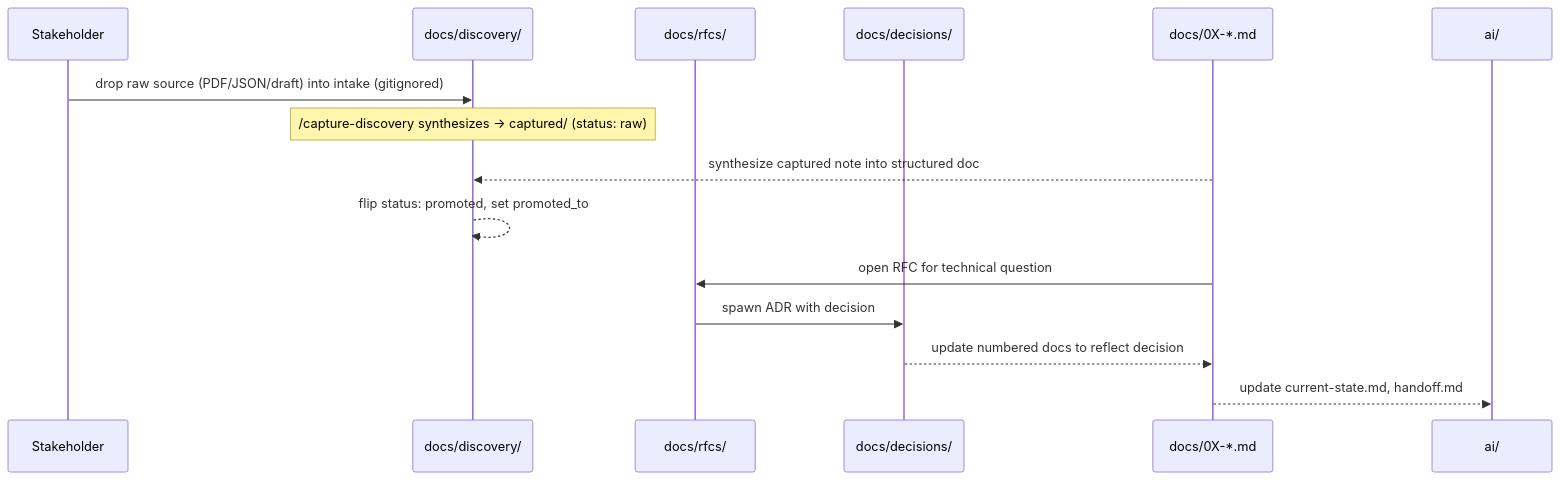
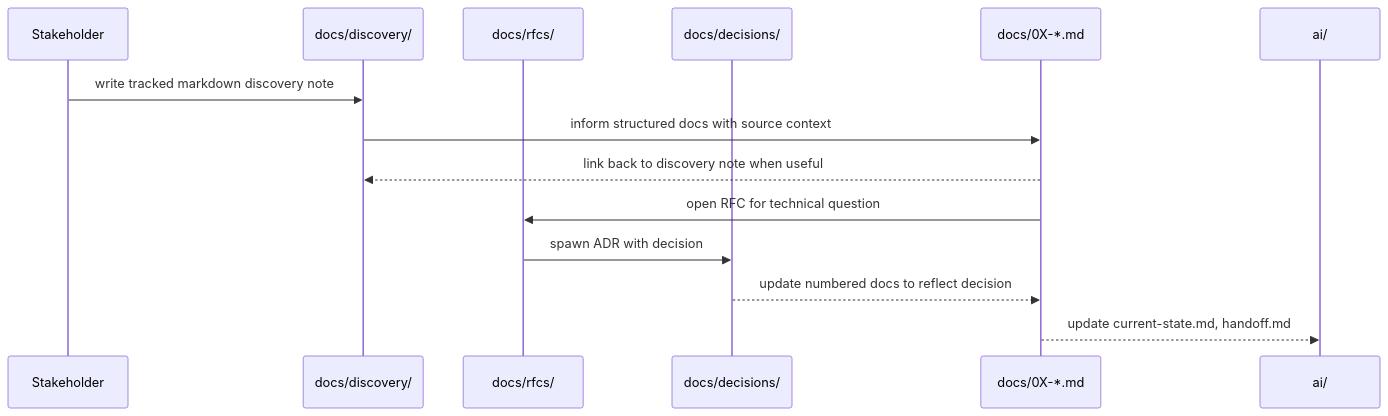
The second of 2 diagrams in docs/02-architecture.md (swanson-dev/Repo-Standards-Kit), drawn with Mermaid before and after one commit. The commit also changed other lines of this file and 64 other files, not shown here.

````diff
--- a/docs/02-architecture.md
+++ b/docs/02-architecture.md
@@ -66,18 +66,17 @@
 ```mermaid
 sequenceDiagram
   participant SH as Stakeholder
   participant Disc as docs/discovery/
   participant RFC as docs/rfcs/
   participant ADR as docs/decisions/
   participant Doc as docs/0X-*.md
   participant AI as ai/
 
-  SH->>Disc: drop raw source (PDF/JSON/draft) into intake (gitignored)
-  Note over Disc: /capture-discovery synthesizes → captured/ (status: raw)
-  Doc-->>Disc: synthesize captured note into structured doc
-  Disc-->>Disc: flip status: promoted, set promoted_to
+  SH->>Disc: write tracked markdown discovery note
+  Disc->>Doc: inform structured docs with source context
+  Doc-->>Disc: link back to discovery note when useful
   Doc->>RFC: open RFC for technical question
   RFC->>ADR: spawn ADR with decision
   ADR-->>Doc: update numbered docs to reflect decision
   Doc-->>AI: update current-state.md, handoff.md
 ```
````
